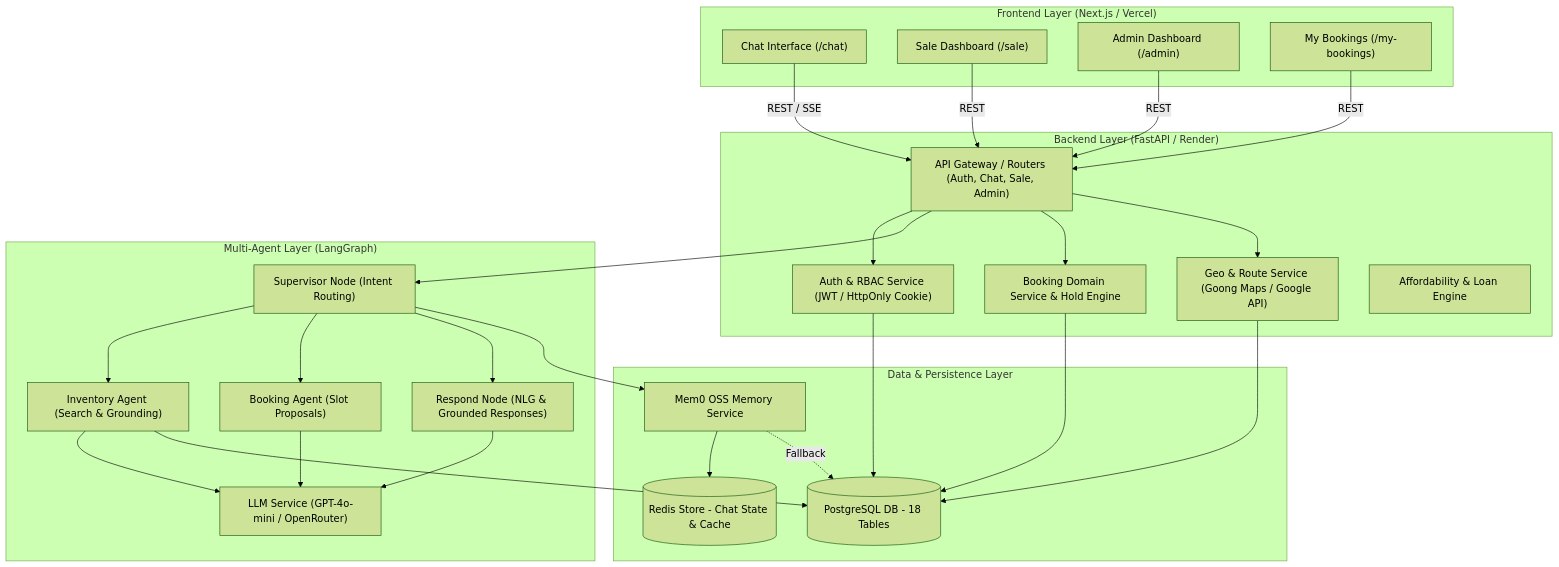
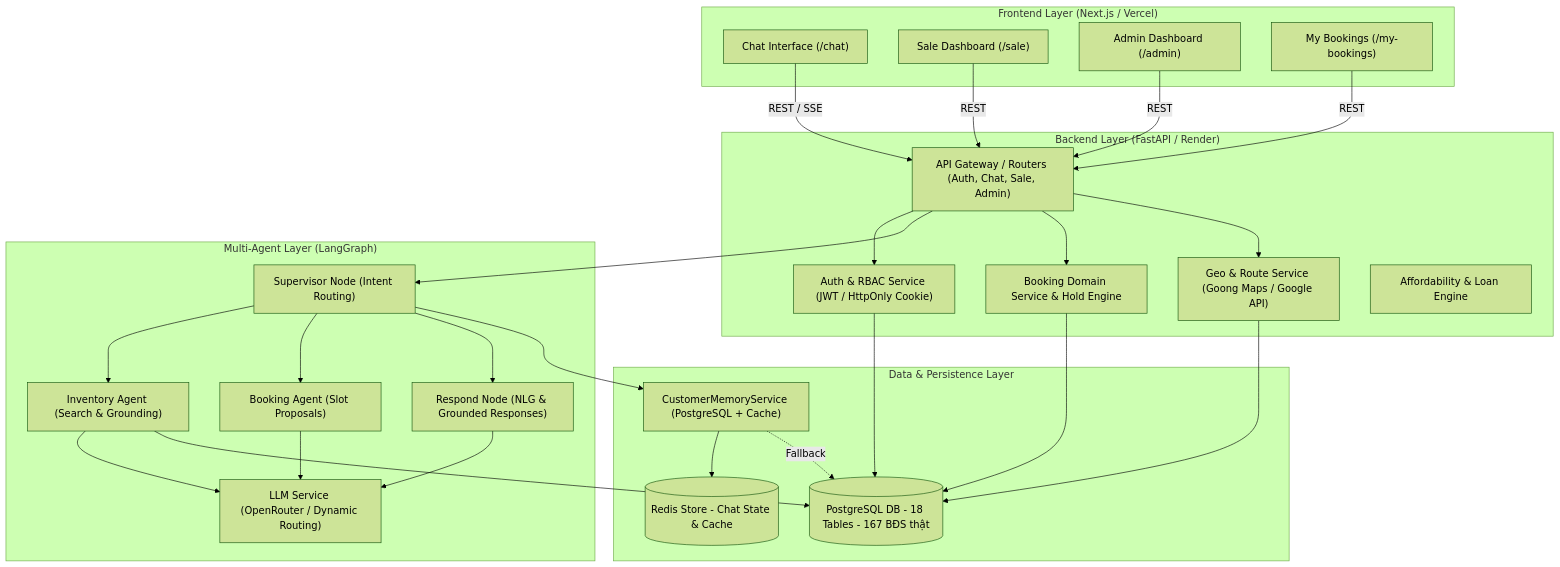
Before and after one commit to phamkien1917/bookingbot-p046: the diagram in ARCHITECTURE.md, drawn with Mermaid (forest theme). The commit also changed other lines of this file and 22 other files, not shown here.

Commit message:
docs: align architecture, evaluation report and documentation with real verified metrics, and add global exception handler

````diff
--- a/ARCHITECTURE.md
+++ b/ARCHITECTURE.md
@@ -9,57 +9,57 @@
 ```mermaid
 graph TB
     subgraph Client["Frontend Layer (Next.js / Vercel)"]
         UI_Chat["Chat Interface (/chat)"]
         UI_Sale["Sale Dashboard (/sale)"]
         UI_Admin["Admin Dashboard (/admin)"]
         UI_Bookings["My Bookings (/my-bookings)"]
     end
 
     subgraph Backend["Backend Layer (FastAPI / Render)"]
         Router["API Gateway / Routers (Auth, Chat, Sale, Admin)"]
         AuthService["Auth & RBAC Service (JWT / HttpOnly Cookie)"]
         BookingService["Booking Domain Service & Hold Engine"]
         GeoService["Geo & Route Service (Goong Maps / Google API)"]
         AffordabilityService["Affordability & Loan Engine"]
     end
 
     subgraph AI_Engine["Multi-Agent Layer (LangGraph)"]
         Supervisor["Supervisor Node (Intent Routing)"]
         InventoryAgent["Inventory Agent (Search & Grounding)"]
         BookingAgent["Booking Agent (Slot Proposals)"]
         RespondNode["Respond Node (NLG & Grounded Responses)"]
-        LLM["LLM Service (GPT-4o-mini / OpenRouter)"]
+        LLM["LLM Service (OpenRouter / Dynamic Routing)"]
     end
 
     subgraph Data_Layer["Data & Persistence Layer"]
-        Postgres[(PostgreSQL DB - 18 Tables)]
+        Postgres[(PostgreSQL DB - 18 Tables - 167 BĐS thật)]
         Redis[(Redis Store - Chat State & Cache)]
-        Mem0["Mem0 OSS Memory Service"]
+        CustomerMemory["CustomerMemoryService (PostgreSQL + Cache)"]
     end
 
     UI_Chat -->|REST / SSE| Router
     UI_Sale -->|REST| Router
     UI_Admin -->|REST| Router
     UI_Bookings -->|REST| Router
 
     Router --> AuthService
     Router --> Supervisor
     Router --> BookingService
     Router --> GeoService
 
     Supervisor --> InventoryAgent
     Supervisor --> BookingAgent
     Supervisor --> RespondNode
     InventoryAgent --> LLM
     BookingAgent --> LLM
     RespondNode --> LLM
 
     InventoryAgent --> Postgres
     BookingService --> Postgres
     AuthService --> Postgres
 
-    Supervisor --> Mem0
-    Mem0 --> Redis
-    Mem0 -.->|Fallback| Postgres
+    Supervisor --> CustomerMemory
+    CustomerMemory --> Redis
+    CustomerMemory -.->|Fallback| Postgres
     GeoService --> Postgres
 ```
````
